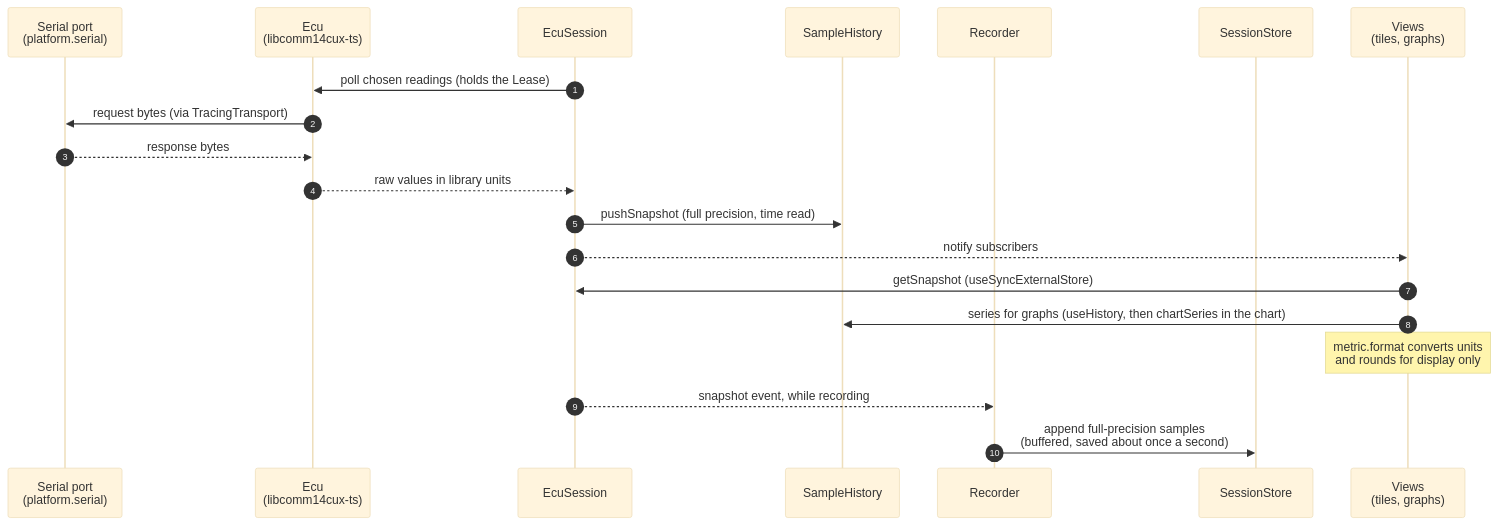
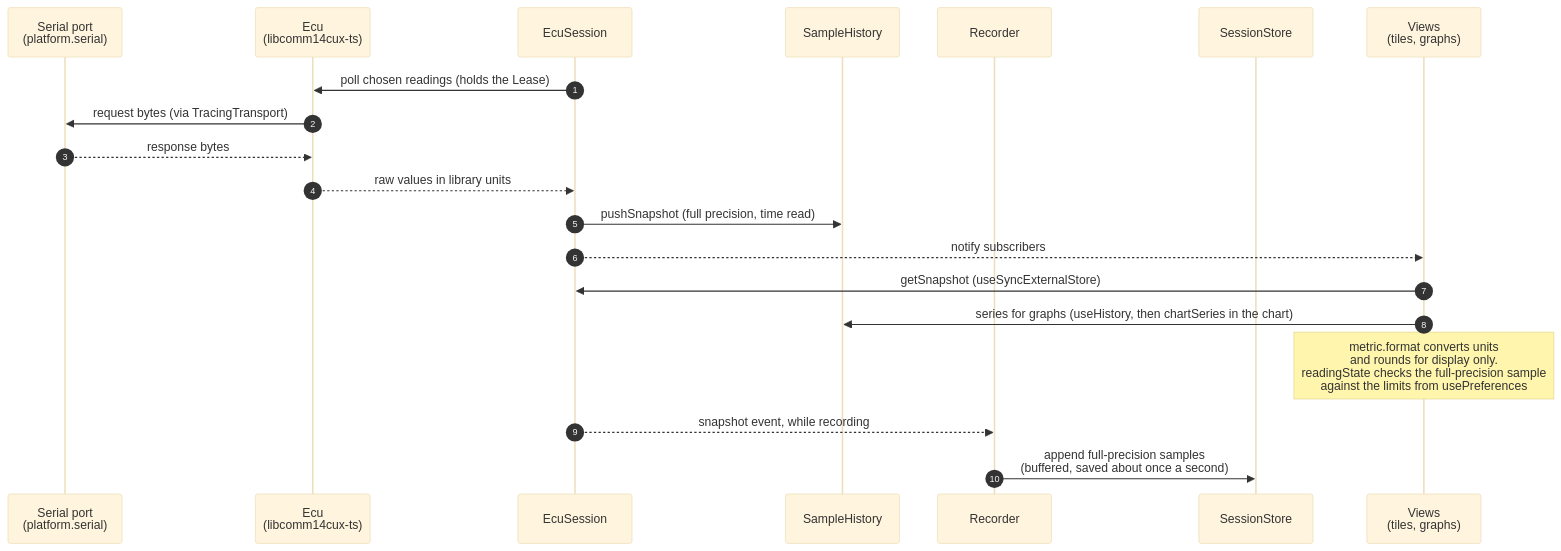
One commit to KB1RMA/14cux-gauge changed the third of 3 diagrams in docs/architecture.md. Above: the diagram before and after it, drawn with Mermaid (base theme). The commit also changed other lines of this file and 47 other files, not shown here.

First line of the commit message:
feat: let users set limits on readings, in a full Preferences dialog

````diff
--- a/docs/architecture.md
+++ b/docs/architecture.md
@@ -303,23 +314,23 @@
 ```mermaid
 sequenceDiagram
   autonumber
   participant Port as Serial port<br/>(platform.serial)
   participant Ecu as Ecu<br/>(libcomm14cux-ts)
   participant Session as EcuSession
   participant History as SampleHistory
   participant Recorder as Recorder
   participant Store as SessionStore
   participant View as Views<br/>(tiles, graphs)
 
   Session->>Ecu: poll chosen readings (holds the Lease)
   Ecu->>Port: request bytes (via TracingTransport)
   Port-->>Ecu: response bytes
   Ecu-->>Session: raw values in library units
   Session->>History: pushSnapshot (full precision, time read)
   Session-->>View: notify subscribers
   View->>Session: getSnapshot (useSyncExternalStore)
   View->>History: series for graphs (useHistory, then chartSeries in the chart)
-  Note over View: metric.format converts units<br/>and rounds for display only
+  Note over View: metric.format converts units<br/>and rounds for display only.<br/>readingState checks the full-precision sample<br/>against the limits from usePreferences
   Session-->>Recorder: snapshot event, while recording
   Recorder->>Store: append full-precision samples<br/>(buffered, saved about once a second)
 ```
````
